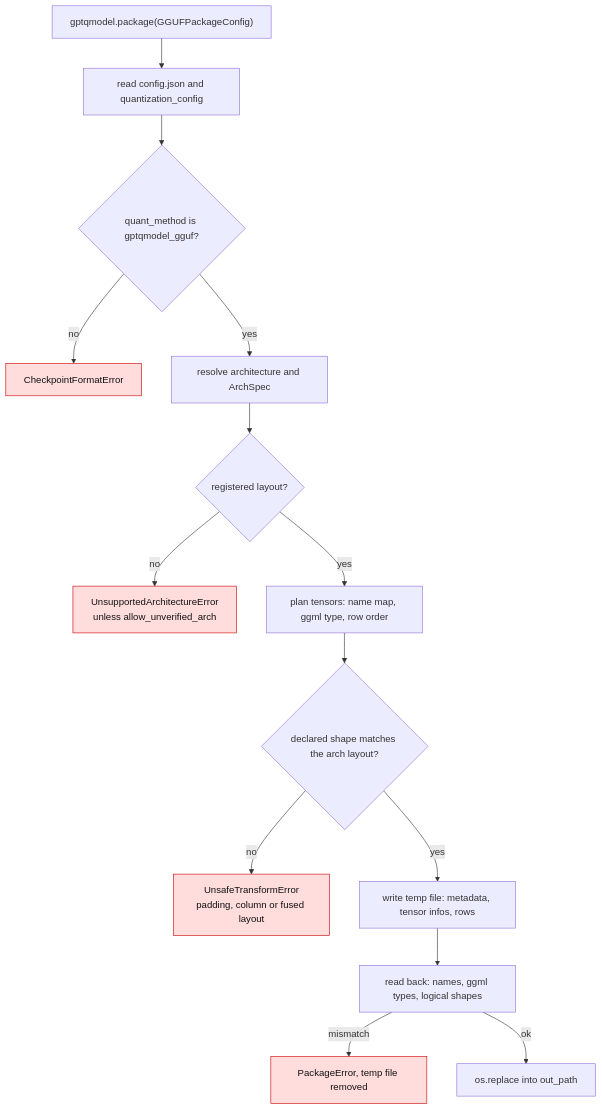
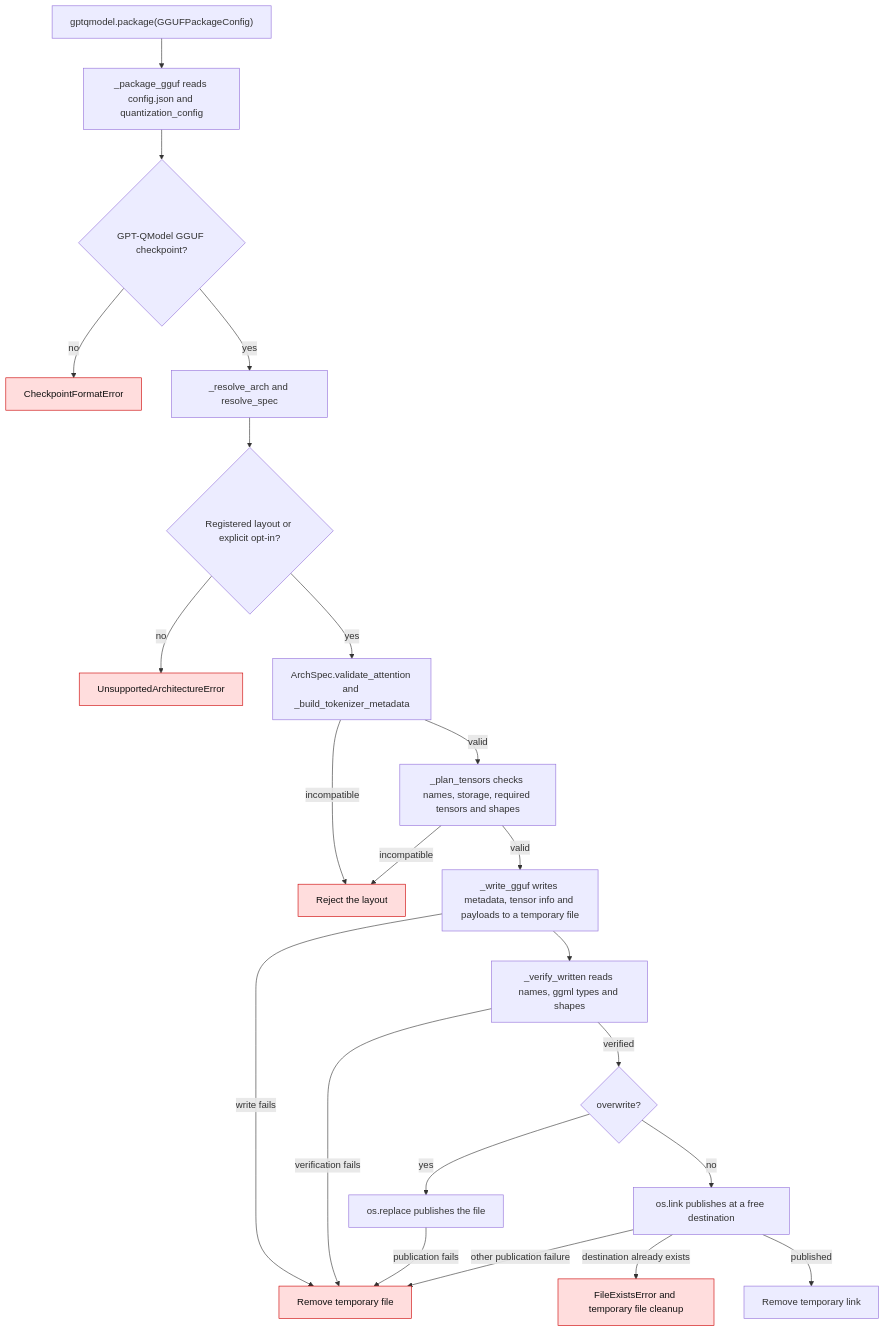
Before and after one commit to ModelCloud/GPTQModel: the diagram in docs/gguf-package.md, drawn with Mermaid. The commit also changed other lines of this file and 7 other files, not shown here.

Commit message:
fix(packaging): validate GGUF exports and publish atomically

````diff
--- a/docs/gguf-package.md
+++ b/docs/gguf-package.md
@@ -53,18 +55,26 @@
 ```mermaid
 flowchart TD
-    A["gptqmodel.package(GGUFPackageConfig)"] --> B["read config.json and quantization_config"]
-    B --> C{"quant_method is gptqmodel_gguf?"}
+    A["gptqmodel.package(GGUFPackageConfig)"] --> B["_package_gguf reads config.json and quantization_config"]
+    B --> C{"GPT-QModel GGUF checkpoint?"}
     C -- "no" --> R1["CheckpointFormatError"]
-    C -- "yes" --> D["resolve architecture and ArchSpec"]
-    D --> E{"registered layout?"}
-    E -- "no" --> R2["UnsupportedArchitectureError<br/>unless allow_unverified_arch"]
-    E -- "yes" --> F["plan tensors: name map, ggml type, row order"]
-    F --> G{"declared shape matches the arch layout?"}
-    G -- "no" --> R3["UnsafeTransformError<br/>padding, column or fused layout"]
-    G -- "yes" --> H["write temp file: metadata, tensor infos, rows"]
-    H --> I["read back: names, ggml types, logical shapes"]
-    I -- "mismatch" --> R4["PackageError, temp file removed"]
-    I -- "ok" --> J["os.replace into out_path"]
+    C -- "yes" --> D["_resolve_arch and resolve_spec"]
+    D --> E{"Registered layout or explicit opt-in?"}
+    E -- "no" --> R2["UnsupportedArchitectureError"]
+    E -- "yes" --> W["ArchSpec.validate_attention and _build_tokenizer_metadata"]
+    W -- "incompatible" --> R3["Reject the layout"]
+    W -- "valid" --> F["_plan_tensors checks names, storage, required tensors and shapes"]
+    F -- "incompatible" --> R3
+    F -- "valid" --> H["_write_gguf writes metadata, tensor info and payloads to a temporary file"]
+    H --> I["_verify_written reads names, ggml types and shapes"]
+    H -- "write fails" --> R4["Remove temporary file"]
+    I -- "verification fails" --> R4
+    I -- "verified" --> J{"overwrite?"}
+    J -- "yes" --> K["os.replace publishes the file"]
+    J -- "no" --> L["os.link publishes at a free destination"]
+    K -- "publication fails" --> R4
+    L -- "destination already exists" --> R5["FileExistsError and temporary file cleanup"]
+    L -- "other publication failure" --> R4
+    L -- "published" --> M["Remove temporary link"]
     classDef bad fill:#fdd,stroke:#c00,color:#111;
-    class R1,R2,R3,R4 bad;
+    class R1,R2,R3,R4,R5 bad;
 ```
````
